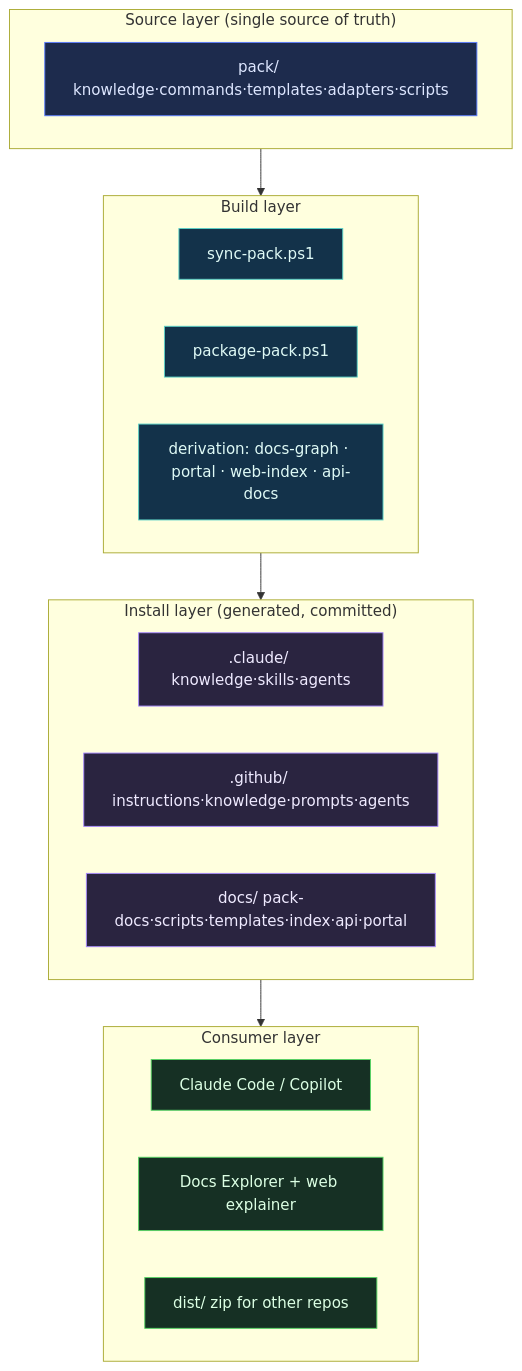
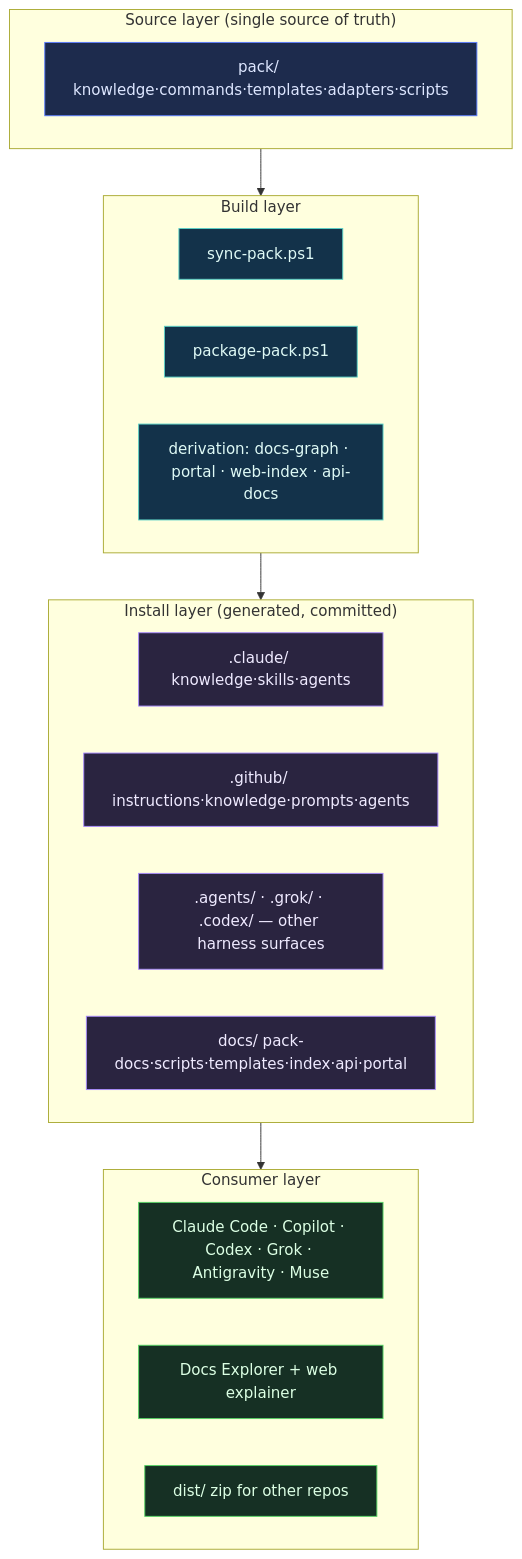
The third of 4 diagrams in docs/architecture.md (timianmalloo/ai-forward), drawn with Mermaid before and after one commit. The commit also changed other lines of this file and 12 other files, not shown here.

First line of the commit message:
docs(document): architecture of record re-verified at revision 113

````diff
--- a/docs/architecture.md
+++ b/docs/architecture.md
@@ -193,29 +208,30 @@
 ```mermaid
 flowchart TB
   subgraph L4["Consumer layer"]
     direction LR
-    cc[Claude Code / Copilot]:::c
+    cc[Claude Code · Copilot · Codex · Grok · Antigravity · Muse]:::c
     ex[Docs Explorer + web explainer]:::c
     z[dist/ zip for other repos]:::c
   end
   subgraph L3["Install layer (generated, committed)"]
     direction LR
     claude[.claude/ knowledge·skills·agents]:::i
     gh[.github/ instructions·knowledge·prompts·agents]:::i
+    other[.agents/ · .grok/ · .codex/ — other harness surfaces]:::i
     docs[docs/ pack-docs·scripts·templates·index·api·portal]:::i
   end
   subgraph L2["Build layer"]
     direction LR
     sync[sync-pack.ps1]:::b
     pkg[package-pack.ps1]:::b
     gen[derivation: docs-graph · portal · web-index · api-docs]:::b
   end
   subgraph L1["Source layer (single source of truth)"]
     pack[pack/ knowledge·commands·templates·adapters·scripts]:::s
   end
   L1 --> L2 --> L3 --> L4
   classDef s fill:#1d2b4d,stroke:#5a7cff,color:#dde6ff
   classDef b fill:#13324a,stroke:#5ad1c7,color:#dffaf6
   classDef i fill:#2a2440,stroke:#a98bff,color:#efeaff
   classDef c fill:#163024,stroke:#56d364,color:#dcffe4
 ```
````
